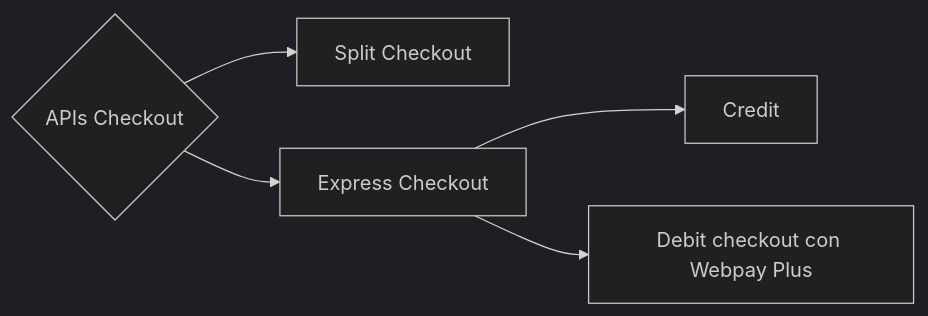
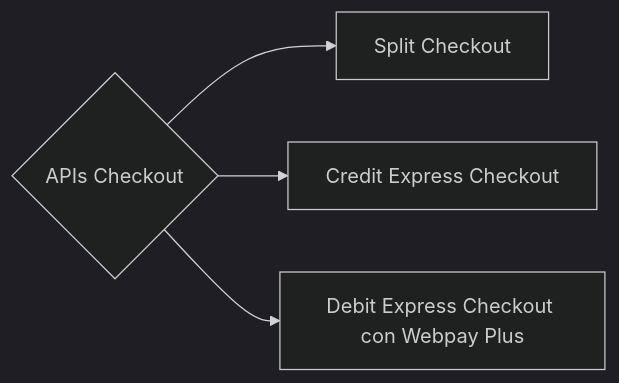
One commit to Peinau/hugo-dev-portal changed the diagram in site/content/api-checkout/_index.md. Above: the diagram before and after it, drawn with Mermaid (dark theme).

```diff
--- a/site/content/api-checkout/_index.md
+++ b/site/content/api-checkout/_index.md
@@ -7,8 +7,7 @@
 {{<mermaid align="left">}}
 graph LR;
     A{APIs Checkout}
     A --> B[Split Checkout]
-    A --> C[Express Checkout]
-    C --> D[Credit]
-    C --> E[Debit checkout con Webpay Plus]
+    A --> C[Credit Express Checkout]
+    A --> D[Debit Express Checkout con Webpay Plus]
 {{< /mermaid >}}
```
